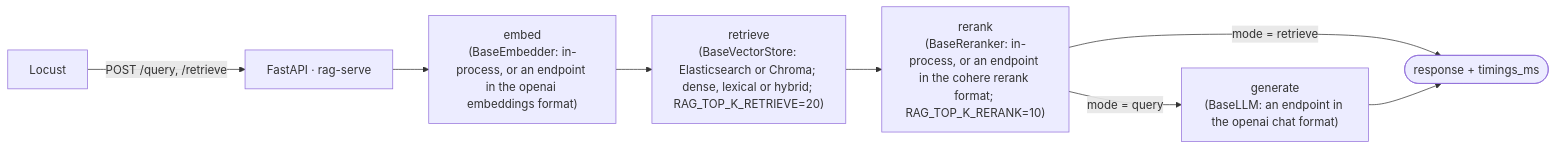
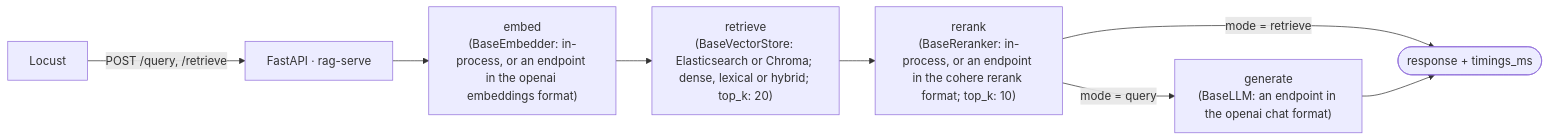
The diagram in README.md (msobroza/rag_topology_loadtest), drawn with Mermaid before and after one commit. The commit also changed other lines of this file and 37 other files, not shown here.

````diff
--- a/README.md
+++ b/README.md
@@ -30,10 +30,10 @@
 ```mermaid
 flowchart LR
     L[Locust] -->|POST /query, /retrieve| API[FastAPI · rag-serve]
     API --> E["embed<br/>(BaseEmbedder: in-process, or an endpoint in the openai embeddings format)"]
-    E --> R["retrieve<br/>(BaseVectorStore: Elasticsearch or Chroma; dense, lexical or hybrid; RAG_TOP_K_RETRIEVE=20)"]
-    R --> K["rerank<br/>(BaseReranker: in-process, or an endpoint in the cohere rerank format; RAG_TOP_K_RERANK=10)"]
+    E --> R["retrieve<br/>(BaseVectorStore: Elasticsearch or Chroma; dense, lexical or hybrid; top_k: 20)"]
+    R --> K["rerank<br/>(BaseReranker: in-process, or an endpoint in the cohere rerank format; top_k: 10)"]
     K -->|mode = query| G["generate<br/>(BaseLLM: an endpoint in the openai chat format)"]
     K -->|mode = retrieve| Z([response + timings_ms])
     G --> Z
 ```
````
